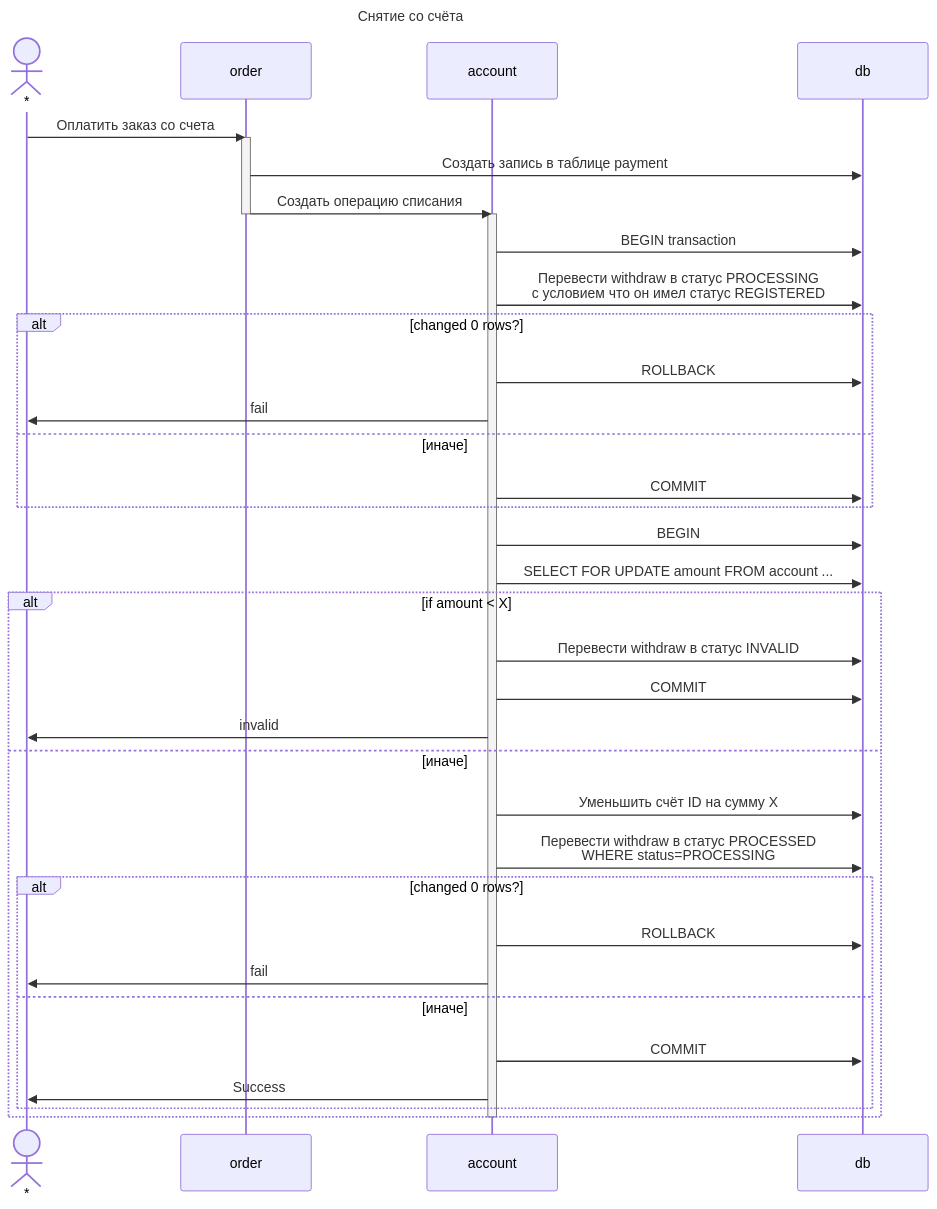
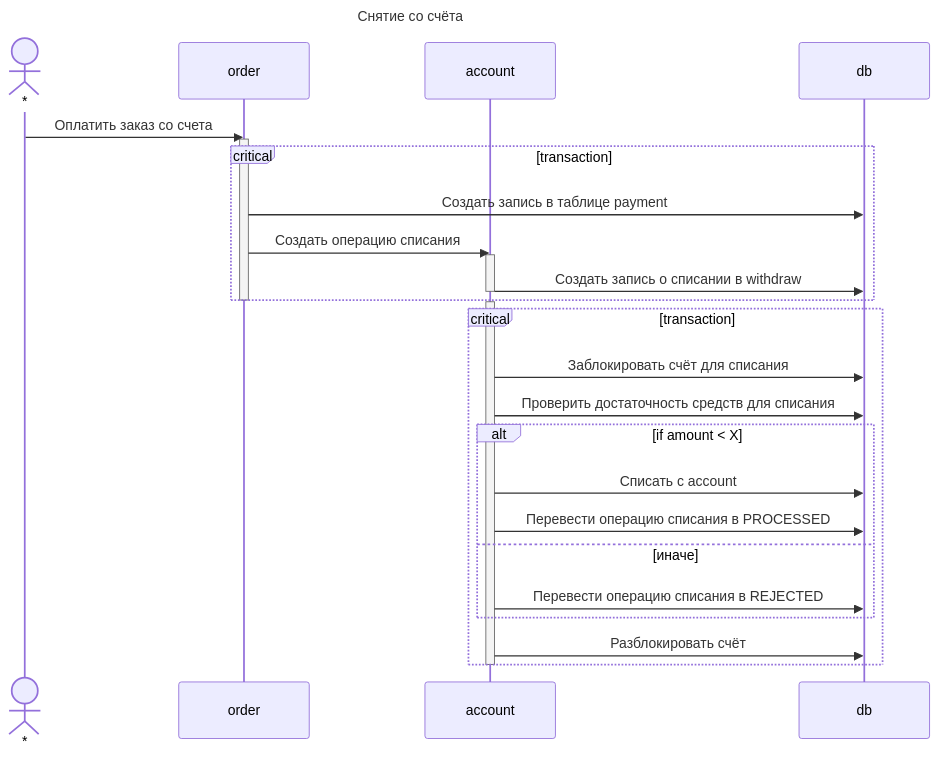
One commit to kosalnik/gmarket changed the third of 5 diagrams in README.md. Above: the diagram before and after it, drawn with Mermaid. The commit also changed other lines of this file, not shown here.

````diff
--- a/README.md
+++ b/README.md
@@ -133,40 +134,31 @@
 ```mermaid
 sequenceDiagram
     title Снятие со счёта
     actor *
     participant order
     participant account
     participant db
     * ->> order : Оплатить заказ со счета
     activate order
-      order ->> db: Создать запись в таблице payment
-      order ->> account: Создать операцию списания
+      critical transaction 
+        order ->> db: Создать запись в таблице payment
+        order ->> account: Создать операцию списания
+        activate account
+            account ->> db : Создать запись о списании в withdraw
+        deactivate account
+      end
     deactivate order
     activate account
-      account ->> db: BEGIN transaction
-      account ->> db: Перевести withdraw в статус PROCESSING<br/> с условием что он имел статус REGISTERED
-      alt changed 0 rows?
-        account ->> db: ROLLBACK
-        account ->> *: fail
-      else иначе
-          account ->> db: COMMIT
-      end
-      account ->> db: BEGIN
-      account ->> db: SELECT FOR UPDATE amount FROM account ...
-      alt if amount < X
-          account ->> db: Перевести withdraw в статус INVALID
-          account ->> db: COMMIT
-          account ->> *: invalid
-      else иначе
-          account ->> db: Уменьшить счёт ID на сумму X
-          account ->> db: Перевести withdraw в статус PROCESSED<br/>WHERE status=PROCESSING
-          alt changed 0 rows?
-            account ->> db: ROLLBACK
-            account ->> *: fail
-          else иначе
-            account ->> db: COMMIT
-            account ->> *: Success
-          end
+      critical transaction
+        account ->> db: Заблокировать счёт для списания
+        account ->> db: Проверить достаточность средств для списания
+        alt if amount < X
+          account ->> db: Списать с account
+          account ->> db: Перевести операцию списания в PROCESSED
+        else иначе
+          account ->> db: Перевести операцию списания в REJECTED
+        end
+        account ->> db: Разблокировать счёт
       end
     deactivate account
 ```
````
